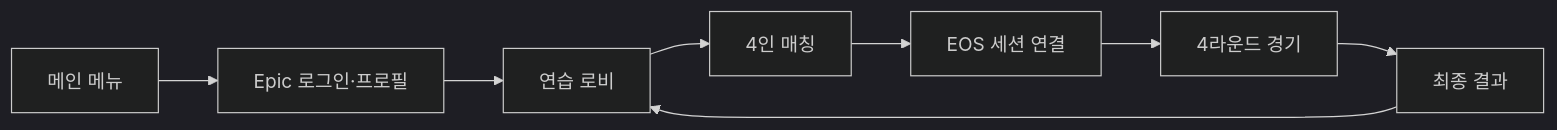
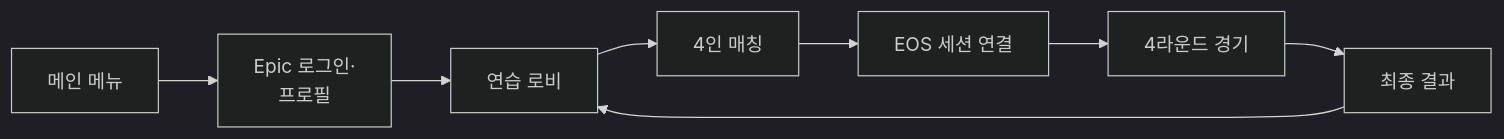
Before and after one commit to j1sung/ChickenFight: the diagram in README.md, drawn with Mermaid (dark theme). The commit also changed other lines of this file, not shown here.

````diff
--- a/README.md
+++ b/README.md
@@ -106,10 +112,10 @@
 ```mermaid
 flowchart LR
-    Menu[메인 메뉴] --> Login[Epic 로그인·프로필]
+    Menu[메인 메뉴] --> Login[Epic 로그인·<br/>프로필]
     Login --> Lobby[연습 로비]
     Lobby --> Queue[4인 매칭]
     Queue --> Session[EOS 세션 연결]
     Session --> Rounds[4라운드 경기]
     Rounds --> Result[최종 결과]
     Result --> Lobby
 ```
````
